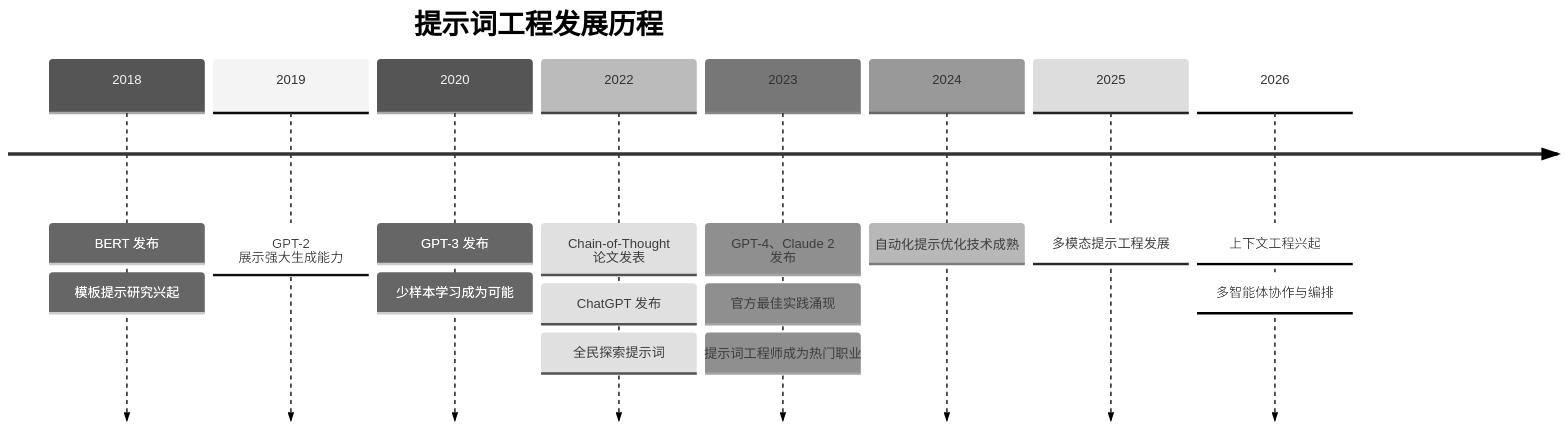
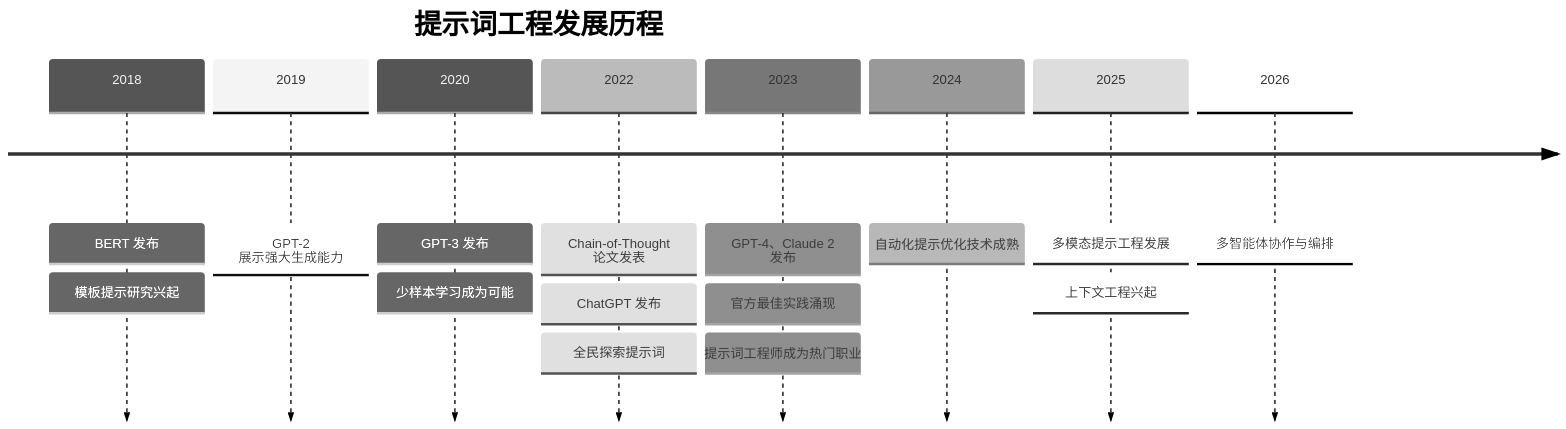
The diagram in 01_introduction/1.2_history.md (yeasy/prompt_engineering_guide), drawn with Mermaid (neutral theme) before and after one commit. The commit also changed other lines of this file and 27 other files, not shown here.

````diff
--- a/01_introduction/1.2_history.md
+++ b/01_introduction/1.2_history.md
@@ -111,19 +111,19 @@
 ```mermaid
 timeline
     title 提示词工程发展历程
     2018 : BERT 发布
          : 模板提示研究兴起
     2019 : GPT-2 展示强大生成能力
     2020 : GPT-3 发布
          : 少样本学习成为可能
     2022 : Chain-of-Thought 论文发表
          : ChatGPT 发布
          : 全民探索提示词
     2023 : GPT-4、Claude 2 发布
          : 官方最佳实践涌现
          : 提示词工程师成为热门职业
     2024 : 自动化提示优化技术成熟
     2025 : 多模态提示工程发展
-    2026 : 上下文工程兴起
-         : 多智能体协作与编排
+         : 上下文工程兴起
+    2026 : 多智能体协作与编排
 ```
````
